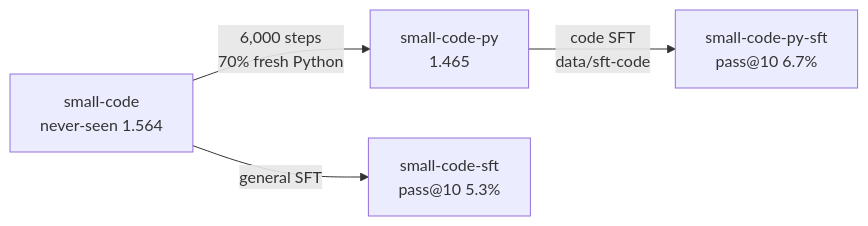
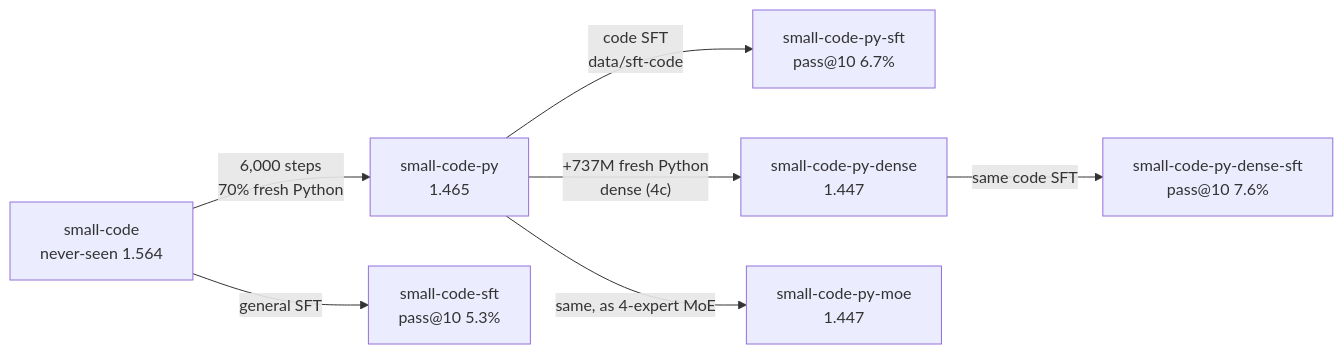
Before and after one commit to kunwarmahen/aksharallm: the ninth of 9 diagrams in docs/08-scaling.md, drawn with Mermaid. The commit also changed other lines of this file and 7 other files, not shown here.

````diff
--- a/docs/08-scaling.md
+++ b/docs/08-scaling.md
@@ -875,6 +875,9 @@
 ```mermaid
 flowchart LR
     B["small-code<br/>never-seen 1.564"] -->|"6,000 steps<br/>70% fresh Python"| P["small-code-py<br/>1.465"]
     P -->|"code SFT<br/>data/sft-code"| S["small-code-py-sft<br/>pass@10 6.7%"]
     B -->|"general SFT"| G["small-code-sft<br/>pass@10 5.3%"]
+    P -->|"+737M fresh Python<br/>dense (4c)"| D["small-code-py-dense<br/>1.447"]
+    P -->|"same, as 4-expert MoE"| M["small-code-py-moe<br/>1.447"]
+    D -->|"same code SFT"| DS["small-code-py-dense-sft<br/>pass@10 7.6%"]
 ```
````
